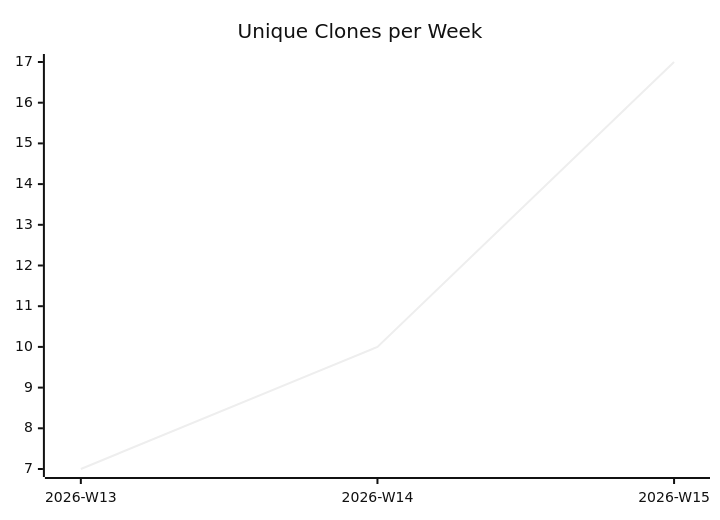
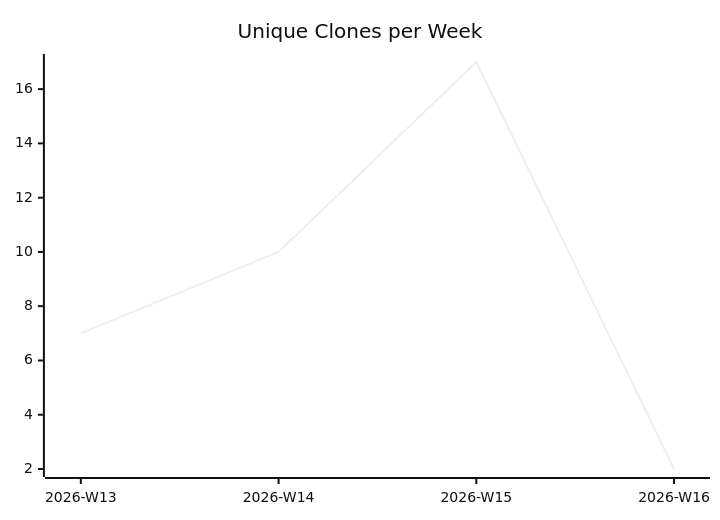
One commit to justdavis-family/github-analytics-data changed the third of 3 diagrams in karlmdavis/ksoap2-android/README.md. Above: the diagram before and after it, drawn with Mermaid (neutral theme). The commit also changed other lines of this file and 176 other files, not shown here.

````diff
--- a/karlmdavis/ksoap2-android/README.md
+++ b/karlmdavis/ksoap2-android/README.md
@@ -19,6 +19,6 @@
 ```mermaid
 xychart-beta
   title "Unique Clones per Week"
-  x-axis ["2026-W13", "2026-W14", "2026-W15"]
-  line [7, 10, 17]
+  x-axis ["2026-W13", "2026-W14", "2026-W15", "2026-W16"]
+  line [7, 10, 17, 2]
 ```
````
